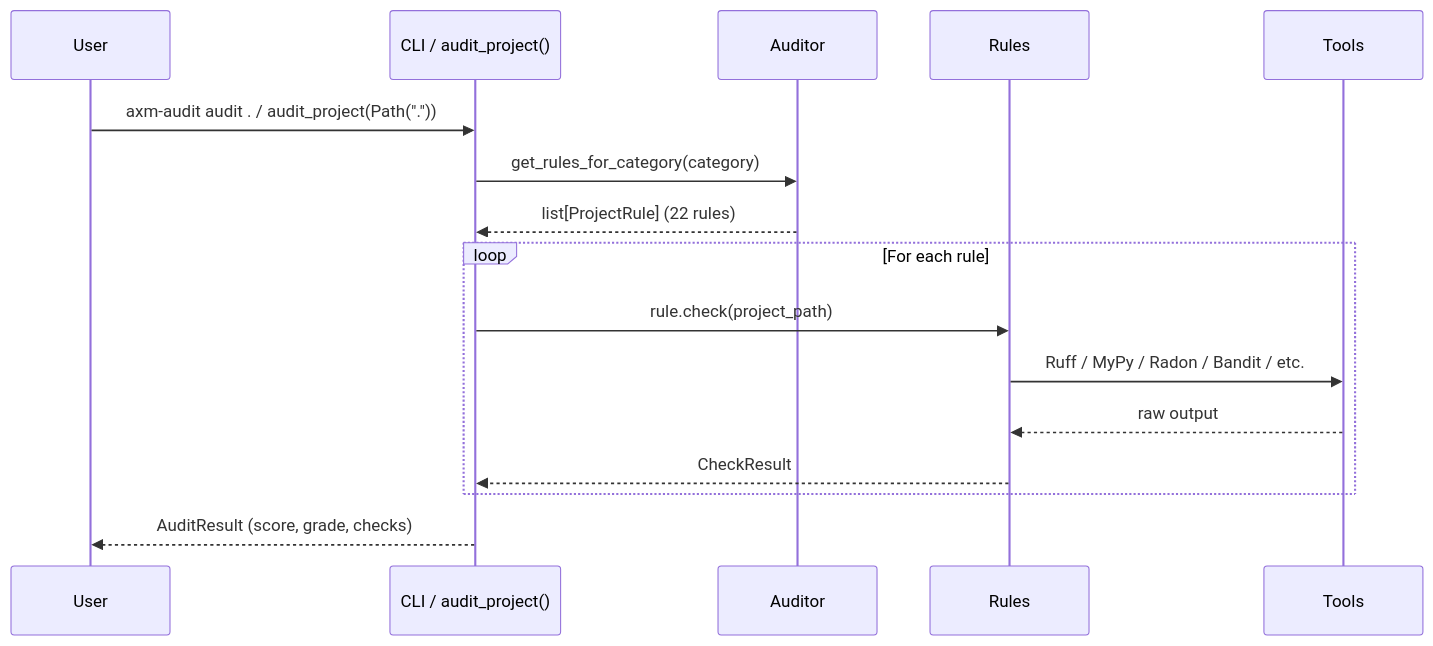
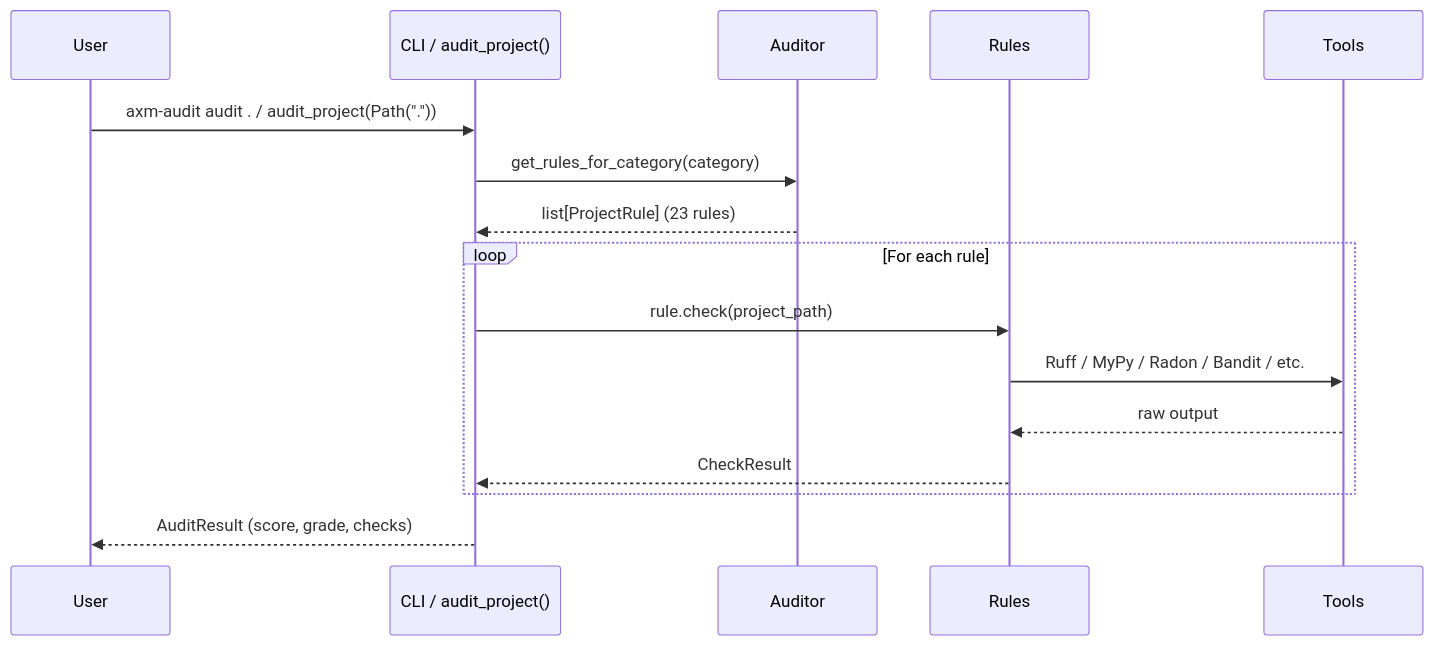
The second of 2 diagrams in docs/explanation/architecture.md (axm-protocols/axm-forge), drawn with Mermaid before and after one commit. The commit also changed other lines of this file and 4 other files, not shown here.

````diff
--- a/docs/explanation/architecture.md
+++ b/docs/explanation/architecture.md
@@ -158,19 +158,19 @@
 ```mermaid
 sequenceDiagram
     participant User
     participant CLI as CLI / audit_project()
     participant Auditor
     participant Rules
     participant Tools
 
     User->>CLI: axm-audit audit . / audit_project(Path("."))
     CLI->>Auditor: get_rules_for_category(category)
-    Auditor-->>CLI: list[ProjectRule] (22 rules)
+    Auditor-->>CLI: list[ProjectRule] (23 rules)
     loop For each rule
         CLI->>Rules: rule.check(project_path)
         Rules->>Tools: Ruff / MyPy / Radon / Bandit / etc.
         Tools-->>Rules: raw output
         Rules-->>CLI: CheckResult
     end
     CLI-->>User: AuditResult (score, grade, checks)
 ```
````
